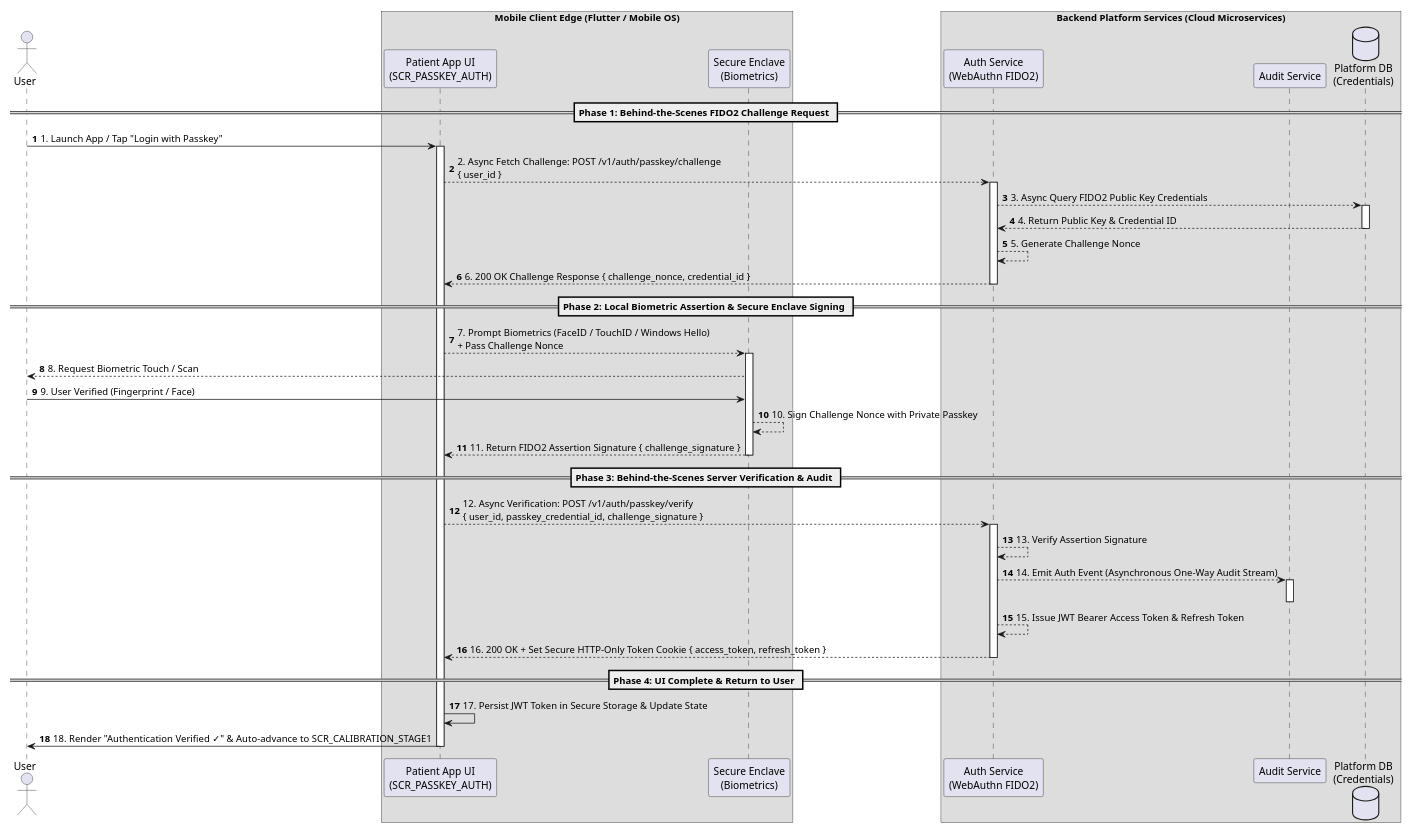
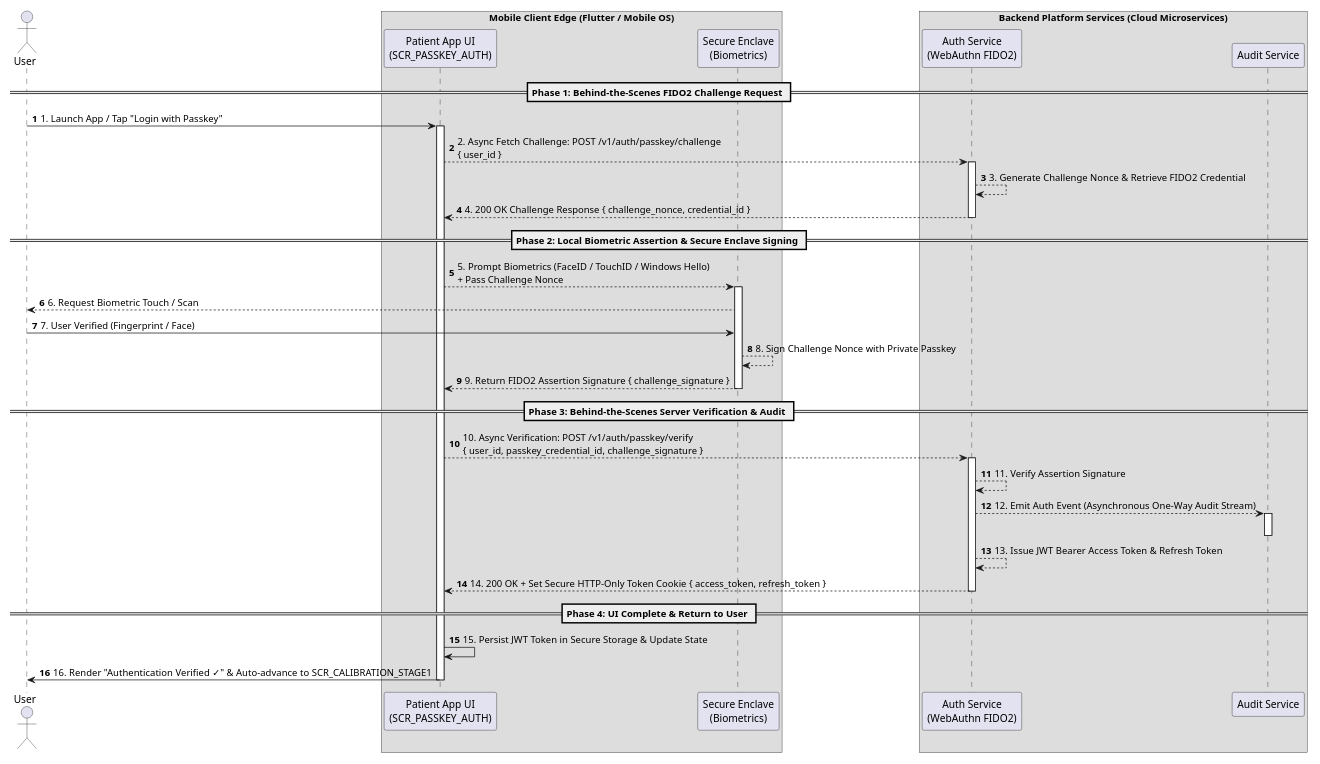
One commit to reidlai/masker-app changed the fifth of 5 diagrams in _bmad-output/architecture/ARCHITECTURE-SPINE.md. Above: the diagram before and after it, drawn with PlantUML. The commit also changed other lines of this file and 5 other files, not shown here.

Commit message:
docs(architecture): update BPMN swimlanes, Emergency Center metrics, and Patient Onboarding sequence flow

````diff
--- a/_bmad-output/architecture/ARCHITECTURE-SPINE.md
+++ b/_bmad-output/architecture/ARCHITECTURE-SPINE.md
@@ -425,57 +517,52 @@
 ```plantuml
 @startuml Passkey_Authentication_Sequence_Diagram
 autonumber
 scale 0.7
 
 actor "User" as User
 box "Mobile Client Edge (Flutter / Mobile OS)" 
 participant "Patient App UI\n(SCR_PASSKEY_AUTH)" as UI 
 participant "Secure Enclave\n(Biometrics)" as Enclave
 end box
 
 box "Backend Platform Services (Cloud Microservices)" 
 participant "Auth Service\n(WebAuthn FIDO2)" as AuthSvc
 participant "Audit Service" as AuditSvc
-database "Platform DB\n(Credentials)" as DB
 end box
 
 == Phase 1: Behind-the-Scenes FIDO2 Challenge Request ==
 User -> UI: 1. Launch App / Tap "Login with Passkey"
 activate UI
 UI --> AuthSvc: 2. Async Fetch Challenge: POST /v1/auth/passkey/challenge\n{ user_id }
 activate AuthSvc
-AuthSvc --> DB: 3. Async Query FIDO2 Public Key Credentials
-activate DB
-DB --> AuthSvc: 4. Return Public Key & Credential ID
-deactivate DB
-AuthSvc --> AuthSvc: 5. Generate Challenge Nonce
-AuthSvc --> UI: 6. 200 OK Challenge Response { challenge_nonce, credential_id }
+AuthSvc --> AuthSvc: 3. Generate Challenge Nonce & Retrieve FIDO2 Credential
+AuthSvc --> UI: 4. 200 OK Challenge Response { challenge_nonce, credential_id }
 deactivate AuthSvc
 
 == Phase 2: Local Biometric Assertion & Secure Enclave Signing ==
-UI --> Enclave: 7. Prompt Biometrics (FaceID / TouchID / Windows Hello)\n+ Pass Challenge Nonce
+UI --> Enclave: 5. Prompt Biometrics (FaceID / TouchID / Windows Hello)\n+ Pass Challenge Nonce
 activate Enclave
-Enclave --> User: 8. Request Biometric Touch / Scan
-User -> Enclave: 9. User Verified (Fingerprint / Face)
-Enclave --> Enclave: 10. Sign Challenge Nonce with Private Passkey
-Enclave --> UI: 11. Return FIDO2 Assertion Signature { challenge_signature }
+Enclave --> User: 6. Request Biometric Touch / Scan
+User -> Enclave: 7. User Verified (Fingerprint / Face)
+Enclave --> Enclave: 8. Sign Challenge Nonce with Private Passkey
+Enclave --> UI: 9. Return FIDO2 Assertion Signature { challenge_signature }
 deactivate Enclave
 
 == Phase 3: Behind-the-Scenes Server Verification & Audit ==
-UI --> AuthSvc: 12. Async Verification: POST /v1/auth/passkey/verify\n{ user_id, passkey_credential_id, challenge_signature }
+UI --> AuthSvc: 10. Async Verification: POST /v1/auth/passkey/verify\n{ user_id, passkey_credential_id, challenge_signature }
 activate AuthSvc
-AuthSvc --> AuthSvc: 13. Verify Assertion Signature
-AuthSvc --> AuditSvc: 14. Emit Auth Event (Asynchronous One-Way Audit Stream)
+AuthSvc --> AuthSvc: 11. Verify Assertion Signature
+AuthSvc --> AuditSvc: 12. Emit Auth Event (Asynchronous One-Way Audit Stream)
 activate AuditSvc
 deactivate AuditSvc
-AuthSvc --> AuthSvc: 15. Issue JWT Bearer Access Token & Refresh Token
-AuthSvc --> UI: 16. 200 OK + Set Secure HTTP-Only Token Cookie { access_token, refresh_token }
+AuthSvc --> AuthSvc: 13. Issue JWT Bearer Access Token & Refresh Token
+AuthSvc --> UI: 14. 200 OK + Set Secure HTTP-Only Token Cookie { access_token, refresh_token }
 deactivate AuthSvc
 
 == Phase 4: UI Complete & Return to User ==
-UI -> UI: 17. Persist JWT Token in Secure Storage & Update State
-UI -> User: 18. Render "Authentication Verified ✓" & Auto-advance to SCR_CALIBRATION_STAGE1
+UI -> UI: 15. Persist JWT Token in Secure Storage & Update State
+UI -> User: 16. Render "Authentication Verified ✓" & Auto-advance to SCR_CALIBRATION_STAGE1
 deactivate UI
 
 @enduml
 ```
````
